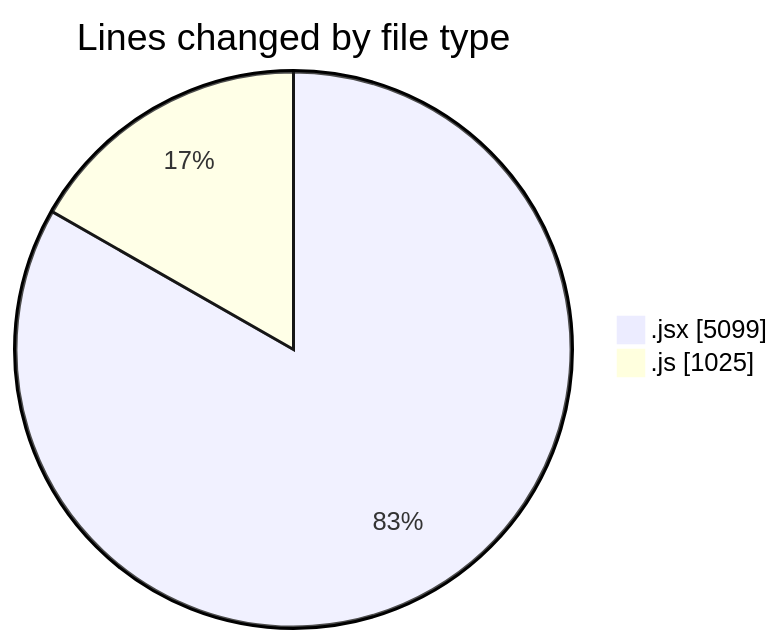
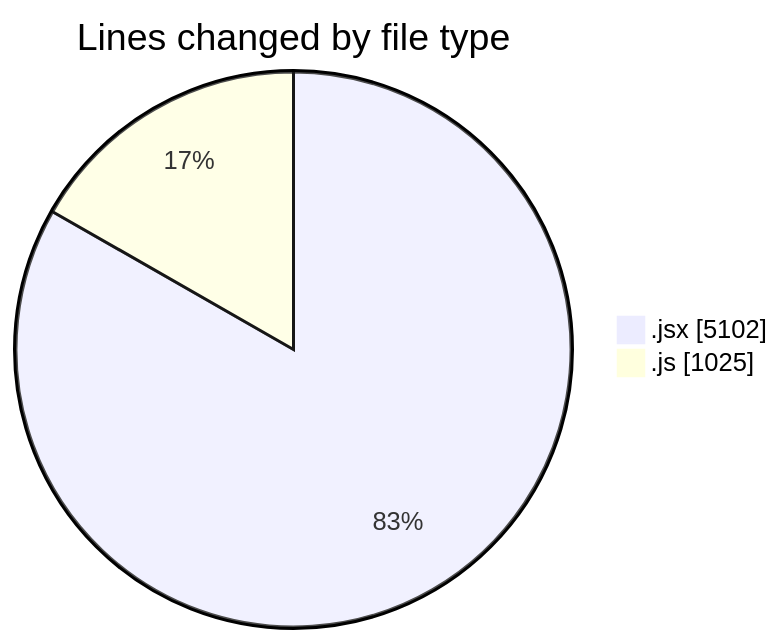
Before and after one commit to nxtqubesakshisongat/code-tracking: the first of 2 diagrams in 2025-07-21/nxtqube_webapp/README.md, drawn with Mermaid. The commit also changed other lines of this file and 1 other file, not shown here.

````diff
--- a/2025-07-21/nxtqube_webapp/README.md
+++ b/2025-07-21/nxtqube_webapp/README.md
@@ -29,6 +29,6 @@
 ```mermaid
 pie showData
 title Lines changed by file type
-".jsx" : 5099
+".jsx" : 5102
 ".js" : 1025
 ```
````
